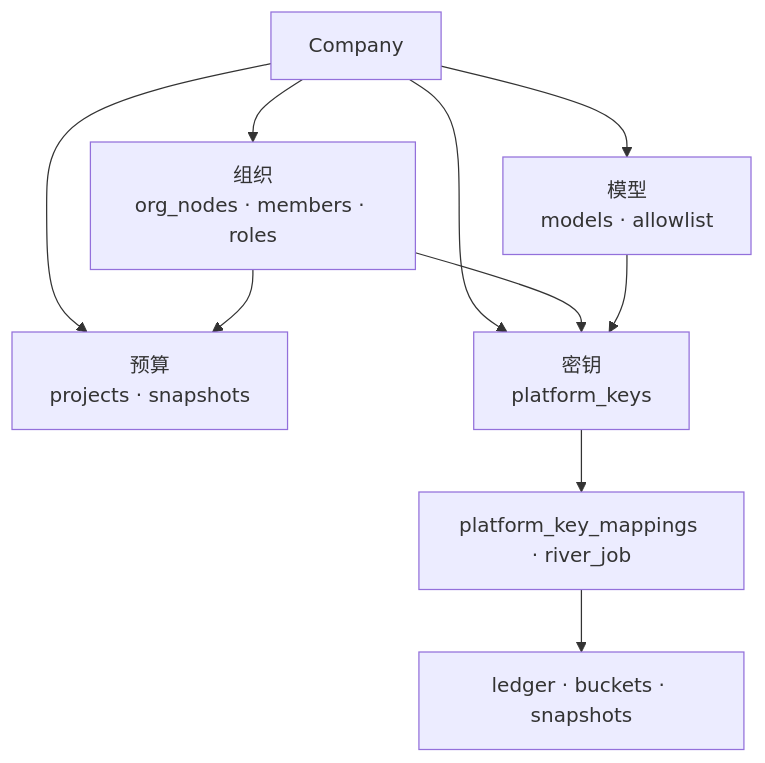
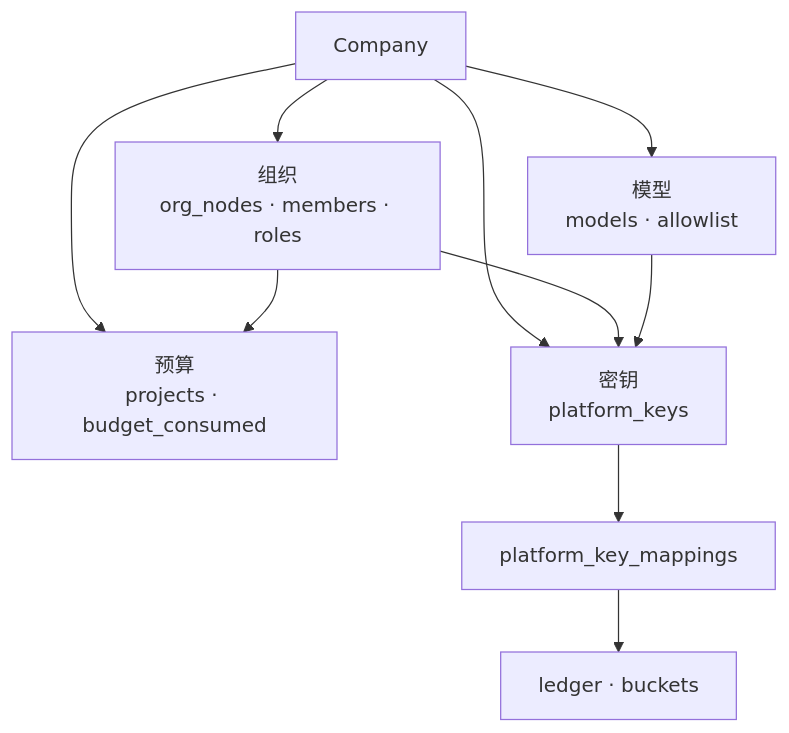
One commit to quyip8818/mytokenjoy changed the second of 7 diagrams in apps/docs/Backend-存储架构.md. Above: the diagram before and after it, drawn with Mermaid. The commit also changed other lines of this file and 33 other files, not shown here.

````diff
--- a/apps/docs/Backend-存储架构.md
+++ b/apps/docs/Backend-存储架构.md
@@ -47,11 +47,11 @@
 ```mermaid
 flowchart TB
   CO[Company] --> ORG[组织<br/>org_nodes · members · roles]
-  CO --> BUD[预算<br/>projects · snapshots]
+  CO --> BUD[预算<br/>projects · budget_consumed]
   CO --> KEY[密钥<br/>platform_keys]
   CO --> MOD[模型<br/>models · allowlist]
   ORG --> BUD & KEY
   MOD --> KEY
-  KEY --> PKM[platform_key_mappings · river_job]
-  PKM --> USG[ledger · buckets · snapshots]
+  KEY --> PKM[platform_key_mappings]
+  PKM --> USG[ledger · buckets]
 ```
````
